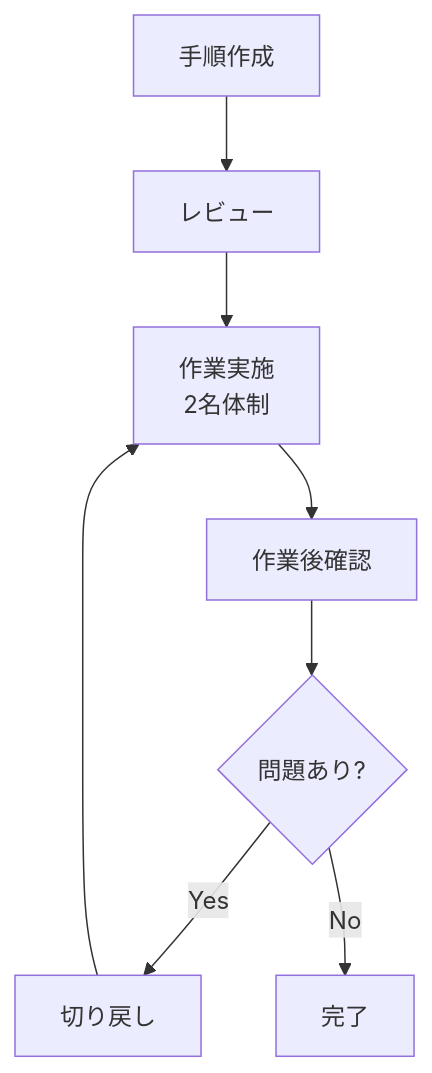
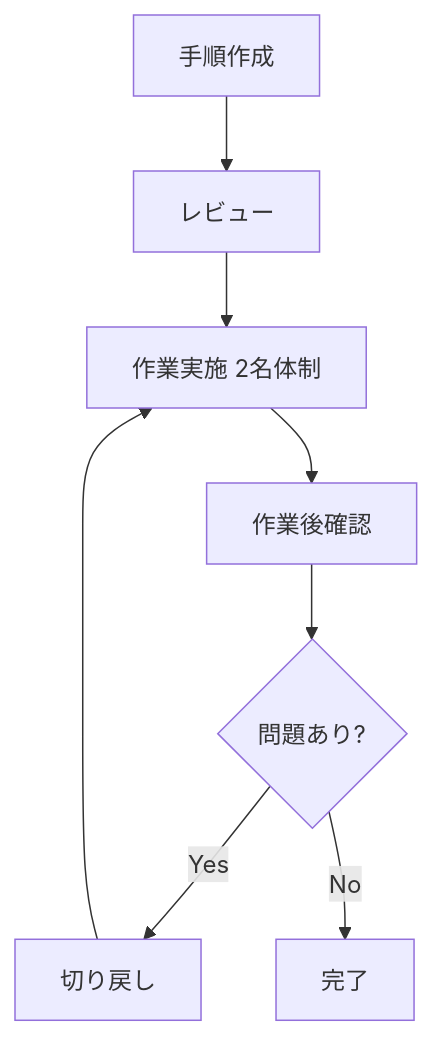
The first of 20 diagrams in training/basics.md (x86-unix/docs), drawn with Mermaid before and after one commit. The commit also changed other lines of this file, not shown here.

````diff
--- a/training/basics.md
+++ b/training/basics.md
@@ -47,10 +47,10 @@
 ```mermaid
 graph TD
     A[手順作成] --> B[レビュー]
-    B --> C[作業実施<br/>2名体制]
+    B --> C["作業実施 2名体制"]
     C --> D[作業後確認]
     D --> E{問題あり?}
     E -->|Yes| F[切り戻し]
     E -->|No| G[完了]
     F --> C
 ```
````
